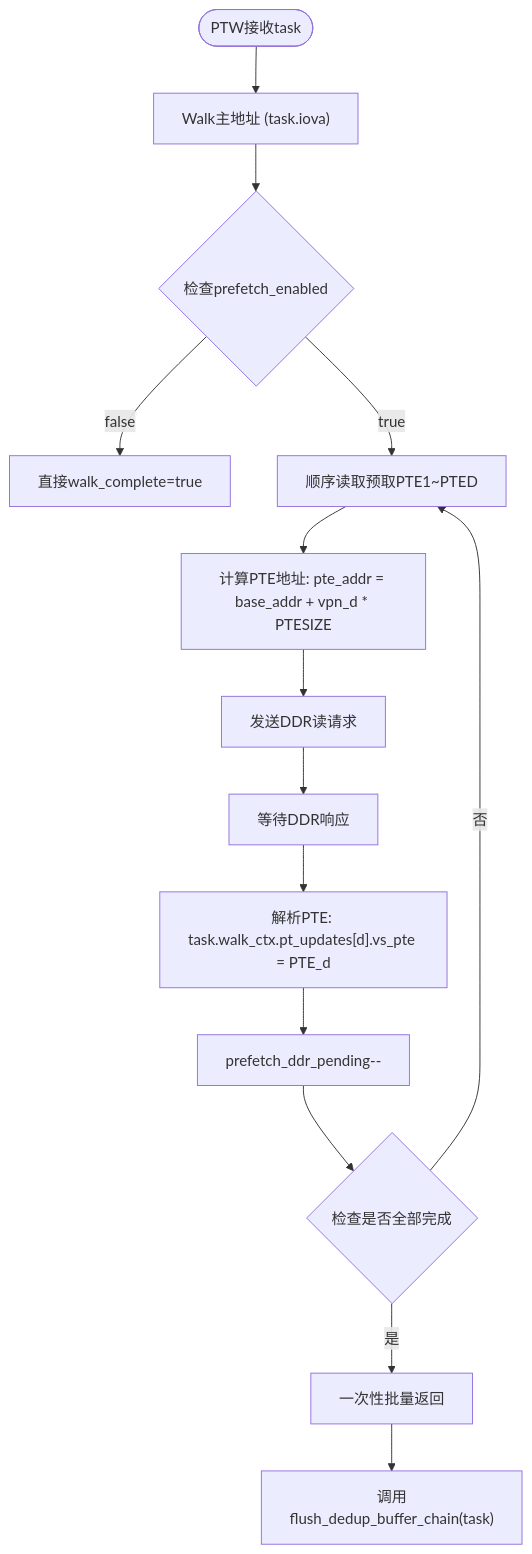
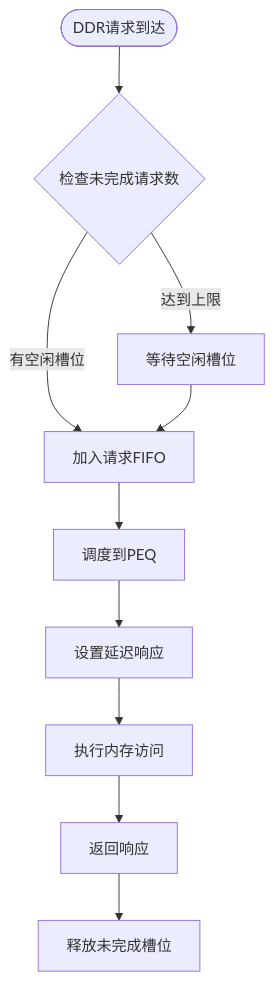
Before and after one commit to jiangjiang1122/iommu_model_20260401_v1: the fourth of 6 diagrams in .qoder/repowiki/zh/content/性能模型/性能参数配置.md, drawn with Mermaid. The commit also changed other lines of this file and 186 other files, not shown here.

````diff
--- a/.qoder/repowiki/zh/content/性能模型/性能参数配置.md
+++ b/.qoder/repowiki/zh/content/性能模型/性能参数配置.md
@@ -307,16 +287,12 @@
 ```mermaid
 flowchart TD
-Start(["PTW接收task"]) --> WalkMain["Walk主地址 (task.iova)"]
-WalkMain --> CheckPrefetch{"检查prefetch_enabled"}
-CheckPrefetch --> |false| DirectComplete["直接walk_complete=true"]
-CheckPrefetch --> |true| PrefetchLoop["顺序读取预取PTE1~PTED"]
-PrefetchLoop --> CalcAddr["计算PTE地址: pte_addr = base_addr + vpn_d * PTESIZE"]
-CalcAddr --> SendReq["发送DDR读请求"]
-SendReq --> WaitResp["等待DDR响应"]
-WaitResp --> ParsePTE["解析PTE: task.walk_ctx.pt_updates[d].vs_pte = PTE_d"]
-ParsePTE --> DecrementPending["prefetch_ddr_pending--"]
-DecrementPending --> CheckAllDone{"检查是否全部完成"}
-CheckAllDone --> |否| PrefetchLoop
-CheckAllDone --> |是| BatchUpdate["一次性批量返回"]
-BatchUpdate --> FlushBuffer["调用flush_dedup_buffer_chain(task)"]
+Start(["DDR请求到达"]) --> CheckOutstanding{"检查未完成请求数"}
+CheckOutstanding --> |达到上限| WaitSlot["等待空闲槽位"]
+CheckOutstanding --> |有空闲槽位| Enqueue["加入请求FIFO"]
+WaitSlot --> Enqueue
+Enqueue --> Dispatch["调度到PEQ"]
+Dispatch --> Schedule["设置延迟响应"]
+Schedule --> Execute["执行内存访问"]
+Execute --> Response["返回响应"]
+Response --> Release["释放未完成槽位"]
 ```
````
